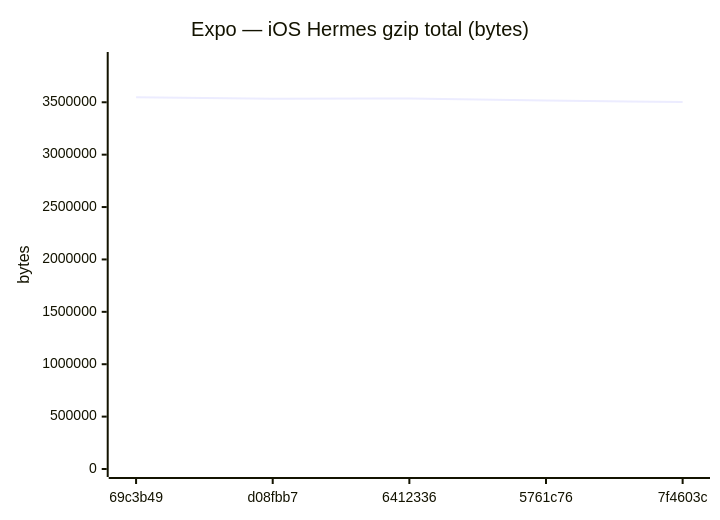
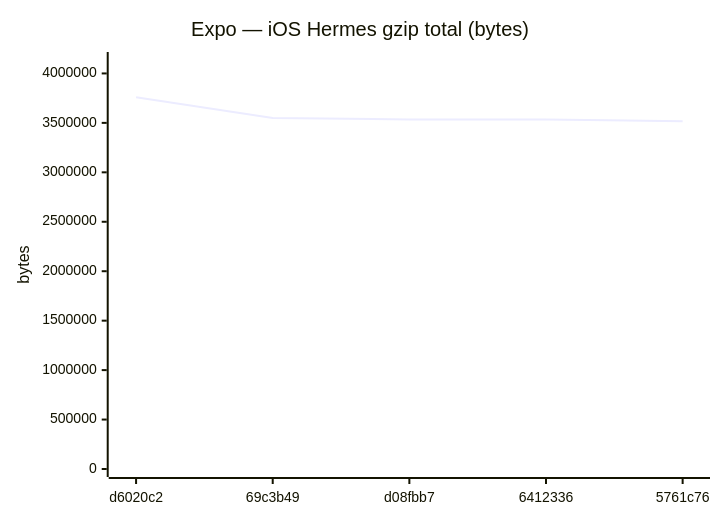
Diagram 12 of 18 in benchmarks/compare.md (Metaheurist/Rianell), drawn with Mermaid before and after one commit. The commit also changed other lines of this file and 11 other files, not shown here.

````diff
--- a/benchmarks/compare.md
+++ b/benchmarks/compare.md
@@ -179,7 +179,7 @@
 ```mermaid
 xychart-beta
     title "Expo — iOS Hermes gzip total (bytes)"
-    x-axis ["69c3b49", "d08fbb7", "6412336", "5761c76", "7f4603c"]
-    y-axis "bytes" 0 --> 3903463
-    line [3548602, 3534279, 3535273, 3515861, 3502937]
+    x-axis ["d6020c2", "69c3b49", "d08fbb7", "6412336", "5761c76"]
+    y-axis "bytes" 0 --> 4135860
+    line [3759872, 3548602, 3534279, 3535273, 3515861]
 ```
````
